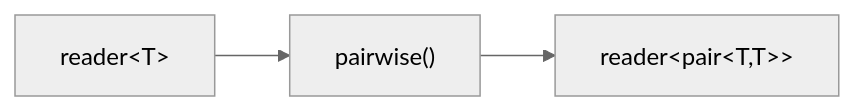
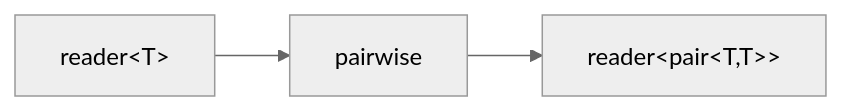
Before and after one commit to marcelocantos/csp: the diagram in docs/reference/parts/pairwise.md, drawn with Mermaid (neutral theme). The commit also changed other lines of this file and 18 other files, not shown here.

````diff
--- a/docs/reference/parts/pairwise.md
+++ b/docs/reference/parts/pairwise.md
@@ -19,4 +19,4 @@
 ```mermaid
 graph LR
-    A[reader&lt;T&gt;] --> B["pairwise()"] --> C["reader&lt;pair&lt;T,T&gt;&gt;"]
+    A[reader&lt;T&gt;] --> B["pairwise"] --> C["reader&lt;pair&lt;T,T&gt;&gt;"]
 ```
````
